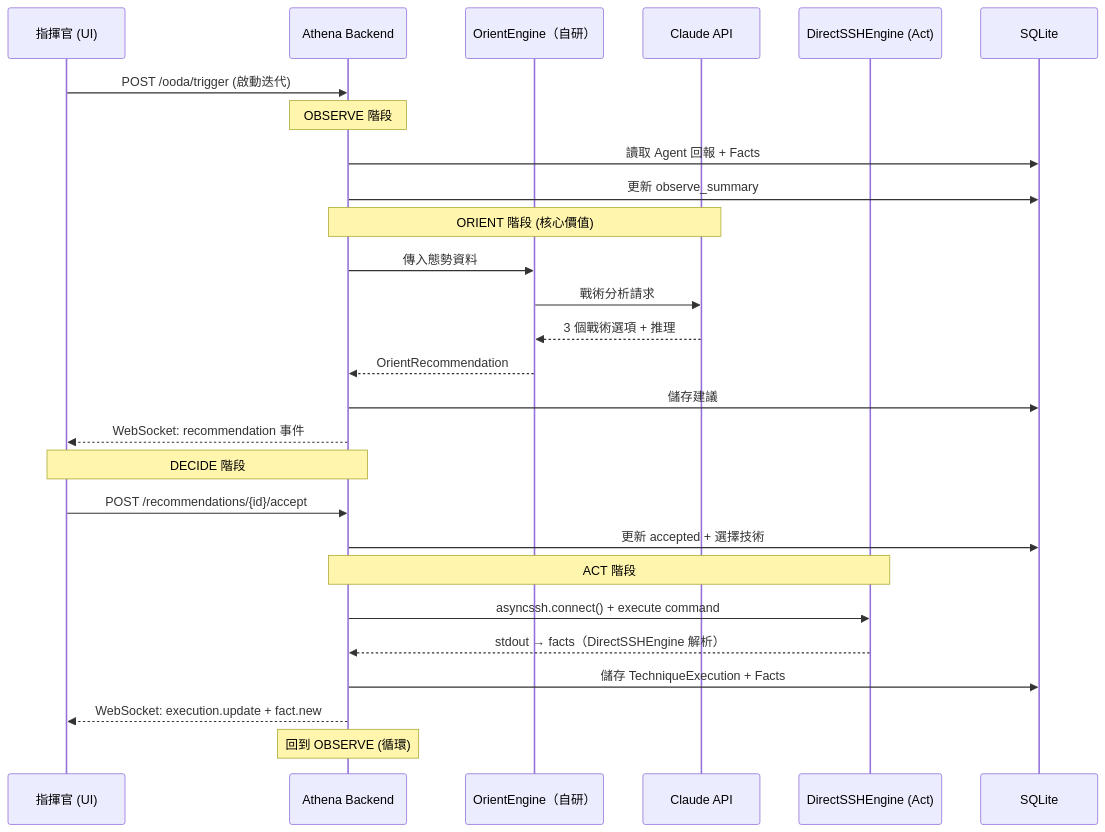
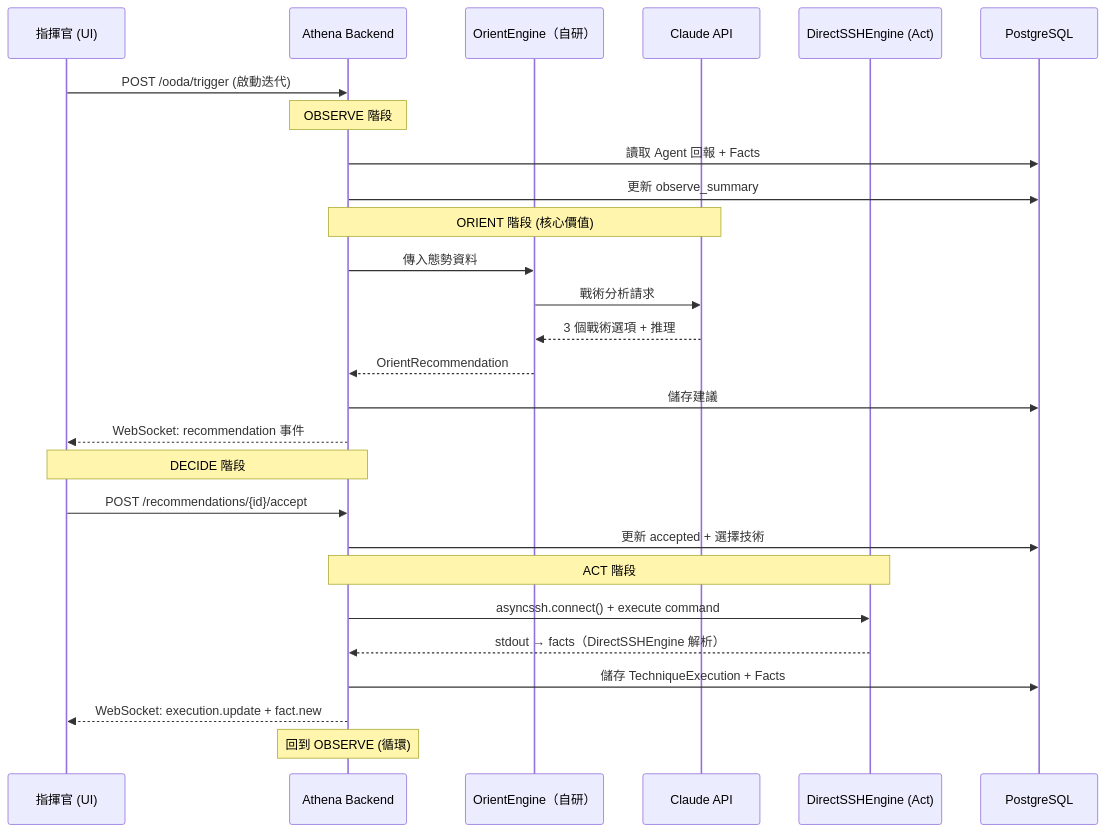
The third of 5 diagrams in docs/architecture.md (astroicers/Athena), drawn with Mermaid before and after one commit. The commit also changed other lines of this file and 21 other files, not shown here.

First line of the commit message:
docs: align documentation with actual architecture (SQLite→PG, SPEC statuses, SDS)

````diff
--- a/docs/architecture.md
+++ b/docs/architecture.md
@@ -155,35 +157,35 @@
 ```mermaid
 sequenceDiagram
     participant CMD as 指揮官 (UI)
     participant BE as Athena Backend
     participant PG as OrientEngine（自研）
     participant LLM as Claude API
     participant CAL as DirectSSHEngine (Act)
-    participant DB as SQLite
+    participant DB as PostgreSQL
 
     CMD->>BE: POST /ooda/trigger (啟動迭代)
 
     Note over BE: OBSERVE 階段
     BE->>DB: 讀取 Agent 回報 + Facts
     BE->>DB: 更新 observe_summary
 
     Note over BE,LLM: ORIENT 階段 (核心價值)
     BE->>PG: 傳入態勢資料
     PG->>LLM: 戰術分析請求
     LLM-->>PG: 3 個戰術選項 + 推理
     PG-->>BE: OrientRecommendation
     BE->>DB: 儲存建議
     BE-->>CMD: WebSocket: recommendation 事件
 
     Note over CMD,BE: DECIDE 階段
     CMD->>BE: POST /recommendations/{id}/accept
     BE->>DB: 更新 accepted + 選擇技術
 
     Note over BE,CAL: ACT 階段
     BE->>CAL: asyncssh.connect() + execute command
     CAL-->>BE: stdout → facts（DirectSSHEngine 解析）
     BE->>DB: 儲存 TechniqueExecution + Facts
     BE-->>CMD: WebSocket: execution.update + fact.new
 
     Note over BE: 回到 OBSERVE (循環)
 ```
````
